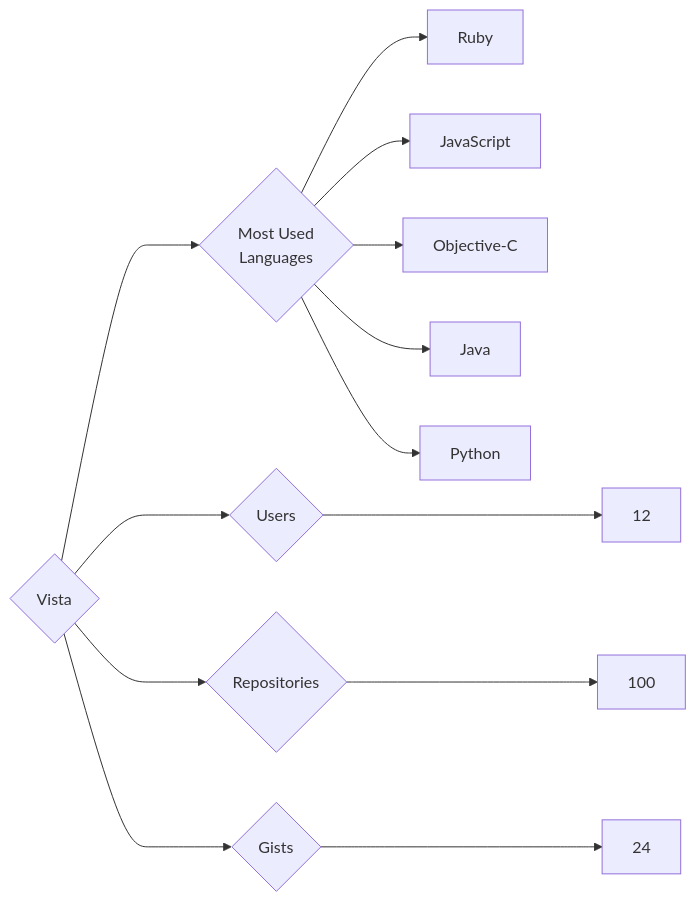
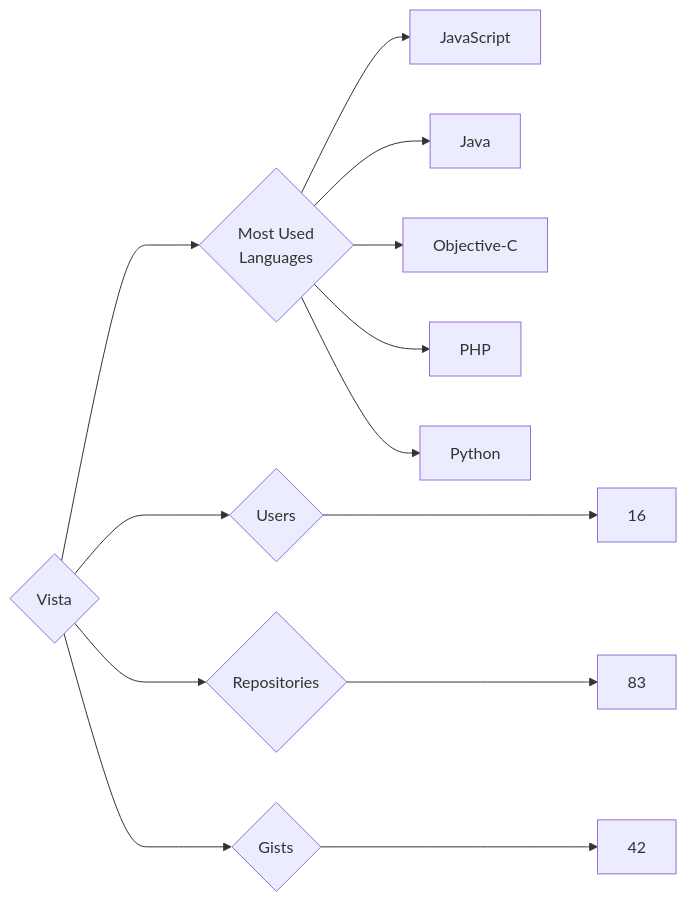
One commit to trickest/insiders changed the diagram in targets/Vista/README.md. Above: the diagram before and after it, drawn with Mermaid. The commit also changed 970 other files, not shown here.

````diff
--- a/targets/Vista/README.md
+++ b/targets/Vista/README.md
@@ -3,13 +3,13 @@
 ```mermaid
 graph LR
 COMPANY_NAME{Vista}
-COMPANY_NAME ---> U{Users} ---> UN[12]
-COMPANY_NAME ---> R{Repositories} ---> RN[100]
-COMPANY_NAME ---> G{Gists} ---> GN[24]
+COMPANY_NAME ---> U{Users} ---> UN[16]
+COMPANY_NAME ---> R{Repositories} ---> RN[83]
+COMPANY_NAME ---> G{Gists} ---> GN[42]
 COMPANY_NAME ---> ML{Most Used<br>Languages}
-ML --> Ruby[Ruby]
 ML --> JavaScript[JavaScript]
+ML --> Java[Java]
 ML --> Objective-C[Objective-C]
-ML --> Java[Java]
+ML --> PHP[PHP]
 ML --> Python[Python]
 ```
````
